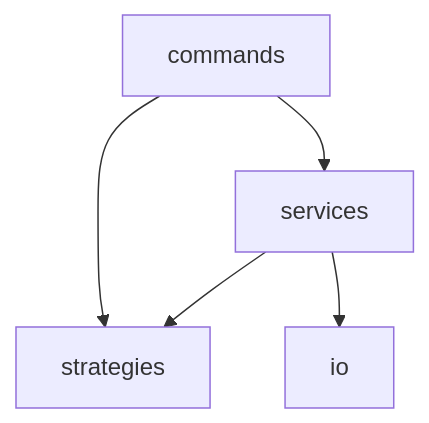
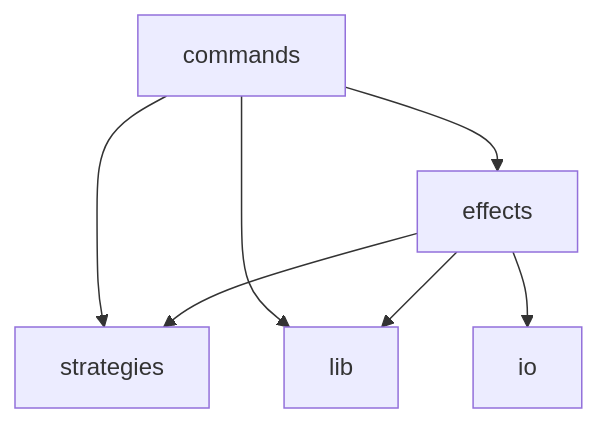
The diagram in README.md (mattriley/node-duplicate-file-finder), drawn with Mermaid before and after one commit. The commit also changed other lines of this file and 17 other files, not shown here.

````diff
--- a/README.md
+++ b/README.md
@@ -61,7 +61,9 @@
 ```mermaid
 graph TD;
     commands-->strategies;
-    commands-->services;
-    services-->strategies;
-    services-->io;
+    commands-->effects;
+    commands-->lib;
+    effects-->strategies;
+    effects-->lib;
+    effects-->io;
 ```
````
